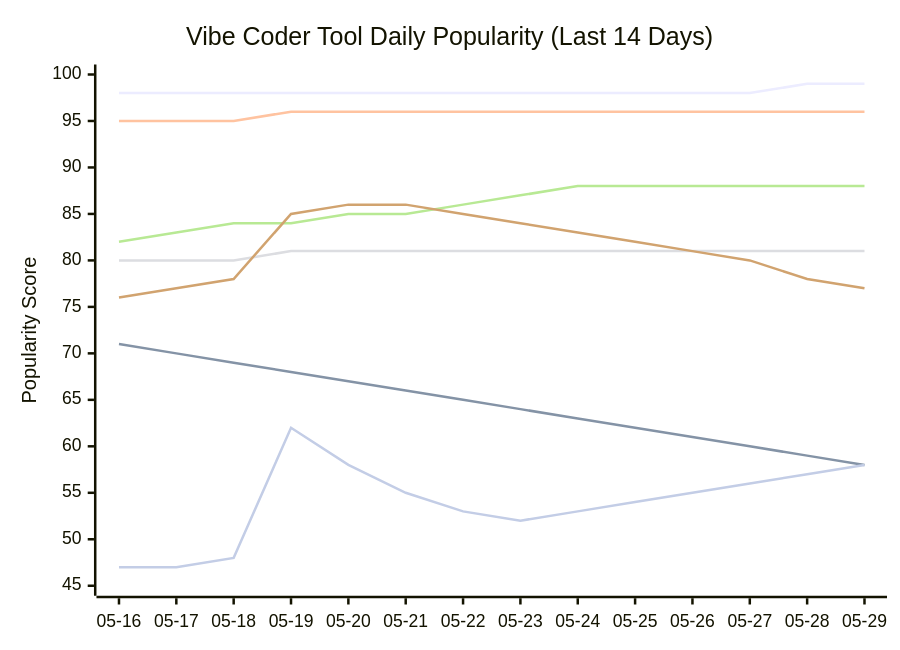
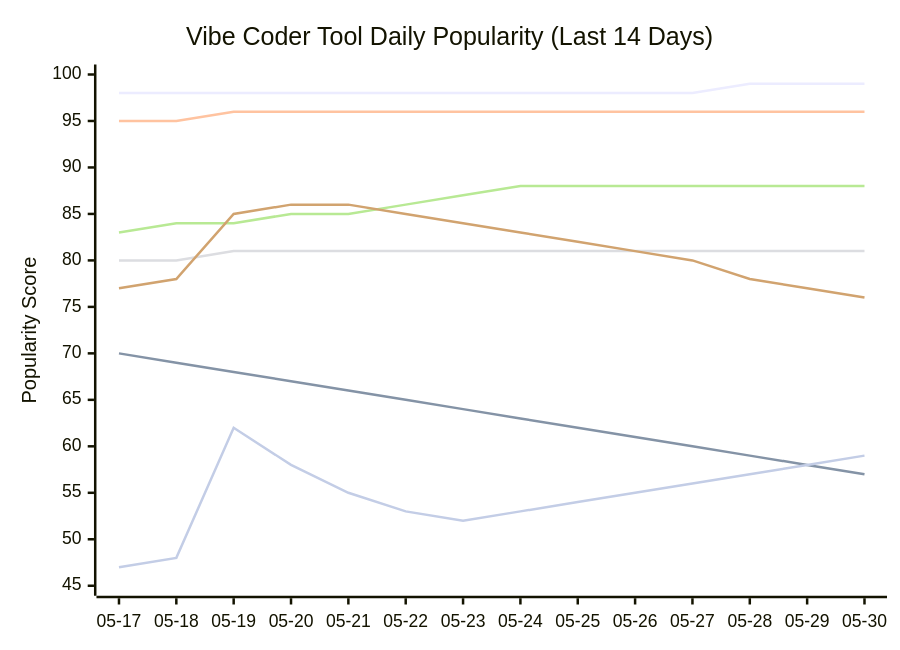
The seventh of 11 diagrams in README.md (tykimos/ai-whatchelin), drawn with Mermaid before and after one commit. The commit also changed other lines of this file and 4 other files, not shown here.

````diff
--- a/README.md
+++ b/README.md
@@ -1187,13 +1212,13 @@
 ```mermaid
 xychart-beta
     title "Vibe Coder Tool Daily Popularity (Last 14 Days)"
-    x-axis ["05-16", "05-17", "05-18", "05-19", "05-20", "05-21", "05-22", "05-23", "05-24", "05-25", "05-26", "05-27", "05-28", "05-29"]
+    x-axis ["05-17", "05-18", "05-19", "05-20", "05-21", "05-22", "05-23", "05-24", "05-25", "05-26", "05-27", "05-28", "05-29", "05-30"]
     y-axis "Popularity Score" 45 --> 100
-    line "Claude Code" [98, 98, 98, 98, 98, 98, 98, 98, 98, 98, 98, 98, 99, 99]
-    line "GH Copilot" [71, 70, 69, 68, 67, 66, 65, 64, 63, 62, 61, 60, 59, 58]
-    line "Cursor" [95, 95, 95, 96, 96, 96, 96, 96, 96, 96, 96, 96, 96, 96]
-    line "Windsurf" [80, 80, 80, 81, 81, 81, 81, 81, 81, 81, 81, 81, 81, 81]
-    line "Codex CLI" [82, 83, 84, 84, 85, 85, 86, 87, 88, 88, 88, 88, 88, 88]
-    line "Gemini CLI" [76, 77, 78, 85, 86, 86, 85, 84, 83, 82, 81, 80, 78, 77]
-    line "Antigravity" [47, 47, 48, 62, 58, 55, 53, 52, 53, 54, 55, 56, 57, 58]
+    line "Claude Code" [98, 98, 98, 98, 98, 98, 98, 98, 98, 98, 98, 99, 99, 99]
+    line "GH Copilot" [70, 69, 68, 67, 66, 65, 64, 63, 62, 61, 60, 59, 58, 57]
+    line "Cursor" [95, 95, 96, 96, 96, 96, 96, 96, 96, 96, 96, 96, 96, 96]
+    line "Windsurf" [80, 80, 81, 81, 81, 81, 81, 81, 81, 81, 81, 81, 81, 81]
+    line "Codex CLI" [83, 84, 84, 85, 85, 86, 87, 88, 88, 88, 88, 88, 88, 88]
+    line "Gemini CLI" [77, 78, 85, 86, 86, 85, 84, 83, 82, 81, 80, 78, 77, 76]
+    line "Antigravity" [47, 48, 62, 58, 55, 53, 52, 53, 54, 55, 56, 57, 58, 59]
 ```
````
